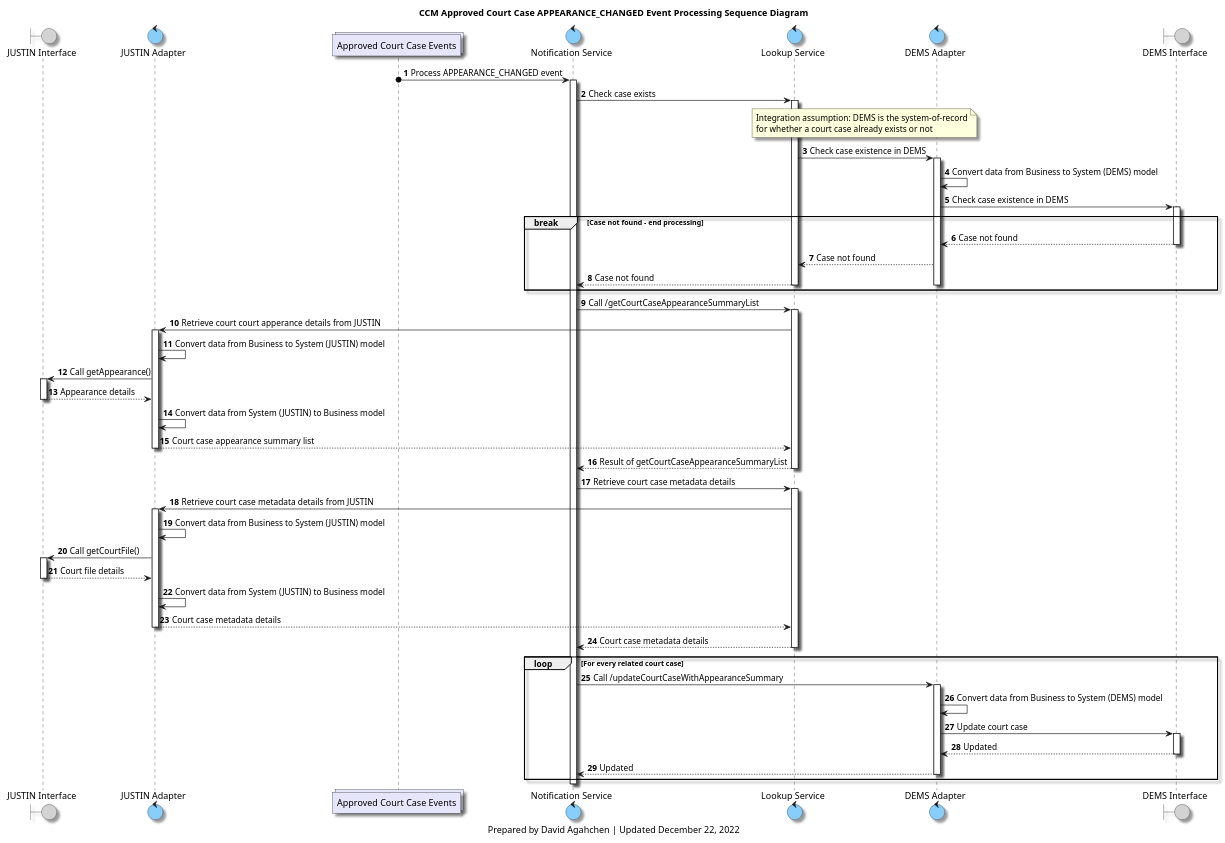
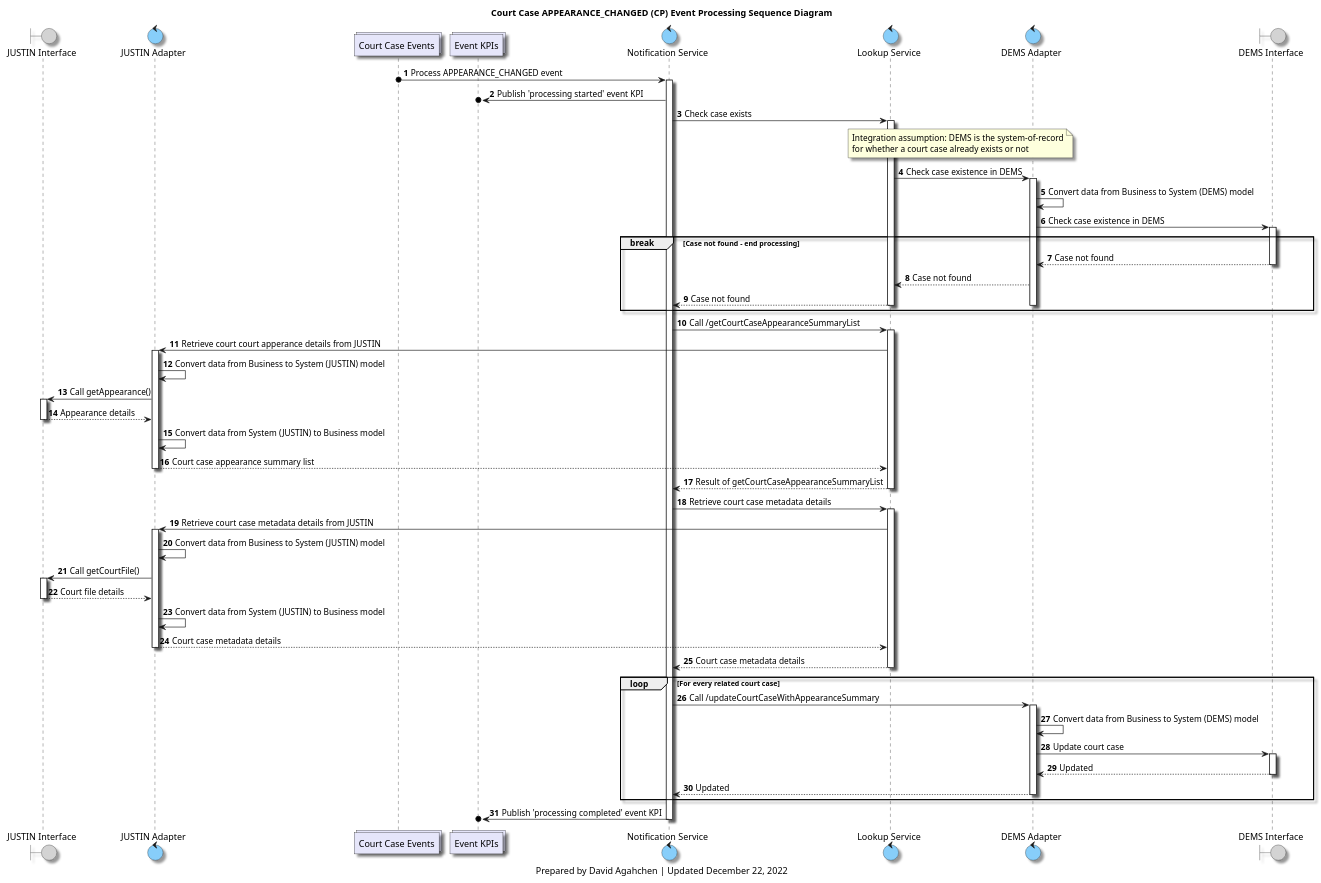
The diagram in diagrams/ccm_approved_cort_case_appearance_changed_processing_sqeuencing_diagram.plantuml (bcgov/jpss-jade-ccm), drawn with PlantUML before and after one commit. The commit also changed 4 other files, not shown here.

```diff
--- a/diagrams/ccm_approved_cort_case_appearance_changed_processing_sqeuencing_diagram.plantuml
+++ b/diagrams/ccm_approved_cort_case_appearance_changed_processing_sqeuencing_diagram.plantuml
@@ -1,108 +1,113 @@
 @startuml
 'hide footbox
 
 skinparam Shadowing true
 skinparam CollectionsBackgroundColor Lavender
 skinparam ControlBackgroundColor LightSkyBlue
 skinparam BoundaryBackgroundColor LightGrey
 
 /' 
 Available colours
 https://plantuml-documentation.readthedocs.io/en/latest/formatting/color-names.html
 '/
 
 boundary j_interface as "JUSTIN Interface"
 control j_adapter as "JUSTIN Adapter"
-collections approved_court_cases_topic as "Approved Court Case Events"
+collections court_case_topic as "Court Case Events"
+collections kpis_topic as "Event KPIs"
 control notification_service as "Notification Service"
 control lookup_service as "Lookup Service"
 control d_adapter as "DEMS Adapter"
 boundary d_interface as "DEMS Interface"
 
 title
-CCM Approved Court Case APPEARANCE_CHANGED Event Processing Sequence Diagram
+Court Case APPEARANCE_CHANGED (CP) Event Processing Sequence Diagram
 end title
 
 autonumber
 
-approved_court_cases_topic o-> notification_service: Process APPEARANCE_CHANGED event
+court_case_topic o-> notification_service: Process APPEARANCE_CHANGED event
 activate notification_service
+
+notification_service ->o kpis_topic: Publish 'processing started' event KPI
 
 notification_service -> lookup_service: Check case exists
 activate lookup_service
 note over lookup_service, d_adapter
 Integration assumption: DEMS is the system-of-record
 for whether a court case already exists or not
 end note
 lookup_service -> d_adapter: Check case existence in DEMS
 activate d_adapter
 d_adapter -> d_adapter: Convert data from Business to System (DEMS) model
 d_adapter -> d_interface: Check case existence in DEMS
 activate d_interface
 
 break Case not found - end processing
 d_interface --> d_adapter: Case not found
 deactivate d_interface
 d_adapter --> lookup_service: Case not found
 lookup_service --> notification_service: Case not found
 deactivate lookup_service
 deactivate d_adapter
 end break
 
 notification_service -> lookup_service: Call /getCourtCaseAppearanceSummaryList
 activate lookup_service
 lookup_service -> j_adapter: Retrieve court court apperance details from JUSTIN
 
 activate j_adapter
 j_adapter -> j_adapter: Convert data from Business to System (JUSTIN) model
 j_adapter -> j_interface: Call getAppearance()
 activate j_interface
 j_interface --> j_adapter: Appearance details
 deactivate j_interface
 j_adapter -> j_adapter: Convert data from System (JUSTIN) to Business model
 j_adapter --> lookup_service: Court case appearance summary list
 deactivate j_adapter
 
 lookup_service --> notification_service: Result of getCourtCaseAppearanceSummaryList
 deactivate lookup_service
 
 notification_service -> lookup_service: Retrieve court case metadata details
 activate lookup_service
 lookup_service -> j_adapter: Retrieve court case metadata details from JUSTIN
 
 activate j_adapter
 j_adapter -> j_adapter: Convert data from Business to System (JUSTIN) model
 j_adapter -> j_interface: Call getCourtFile()
 activate j_interface
 j_interface --> j_adapter: Court file details
 deactivate j_interface
 j_adapter -> j_adapter: Convert data from System (JUSTIN) to Business model
 j_adapter --> lookup_service: Court case metadata details
 deactivate j_adapter
 
 lookup_service --> notification_service: Court case metadata details
 deactivate lookup_service
 
 loop For every related court case
     notification_service -> d_adapter: Call /updateCourtCaseWithAppearanceSummary
     activate d_adapter
 
     d_adapter -> d_adapter: Convert data from Business to System (DEMS) model
 
     d_adapter -> d_interface: Update court case
     activate d_interface
 
     d_interface --> d_adapter: Updated
     deactivate d_interface
 
     d_adapter --> notification_service: Updated
     deactivate d_adapter
 
 end
 
+notification_service ->o kpis_topic: Publish 'processing completed' event KPI
+
 deactivate notification_service
 
 caption
 Prepared by David Agahchen | Updated December 22, 2022
 end caption
 @enduml
```
